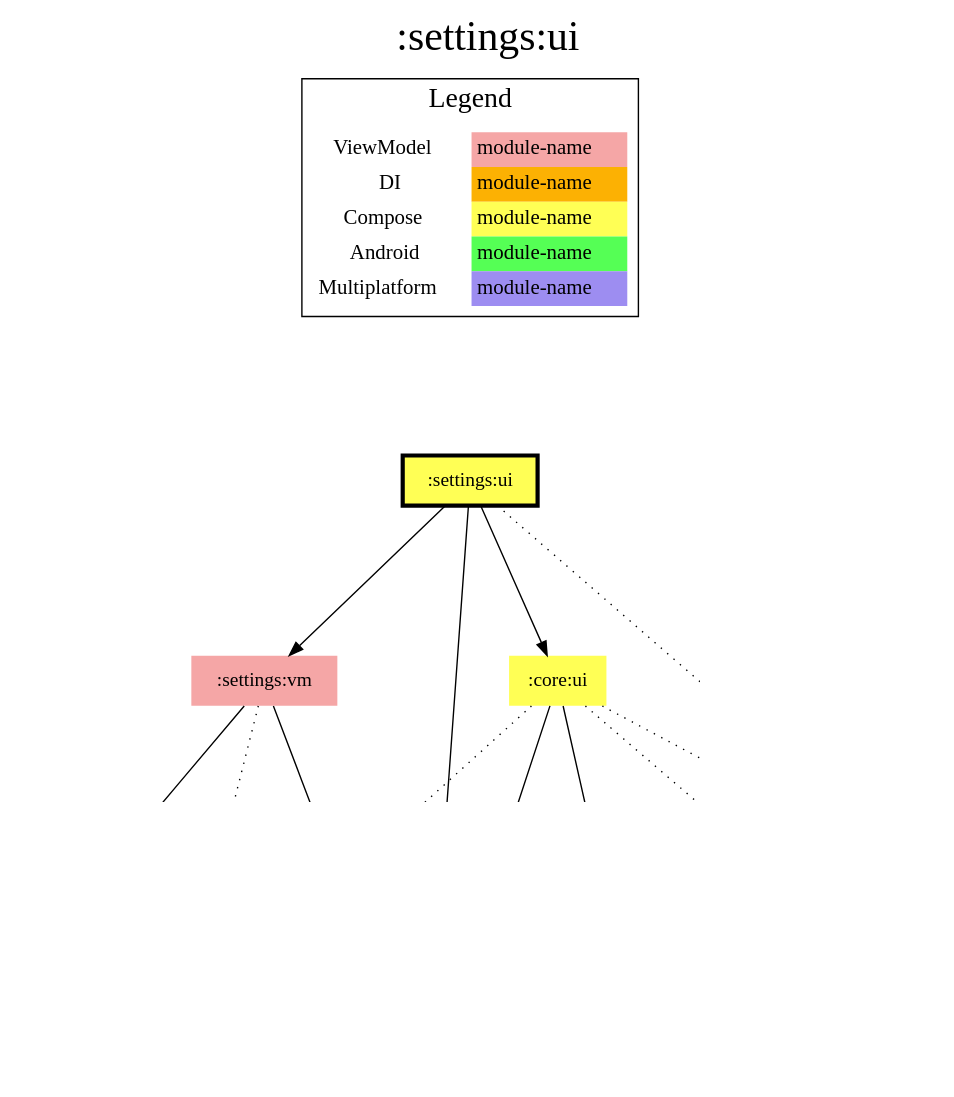
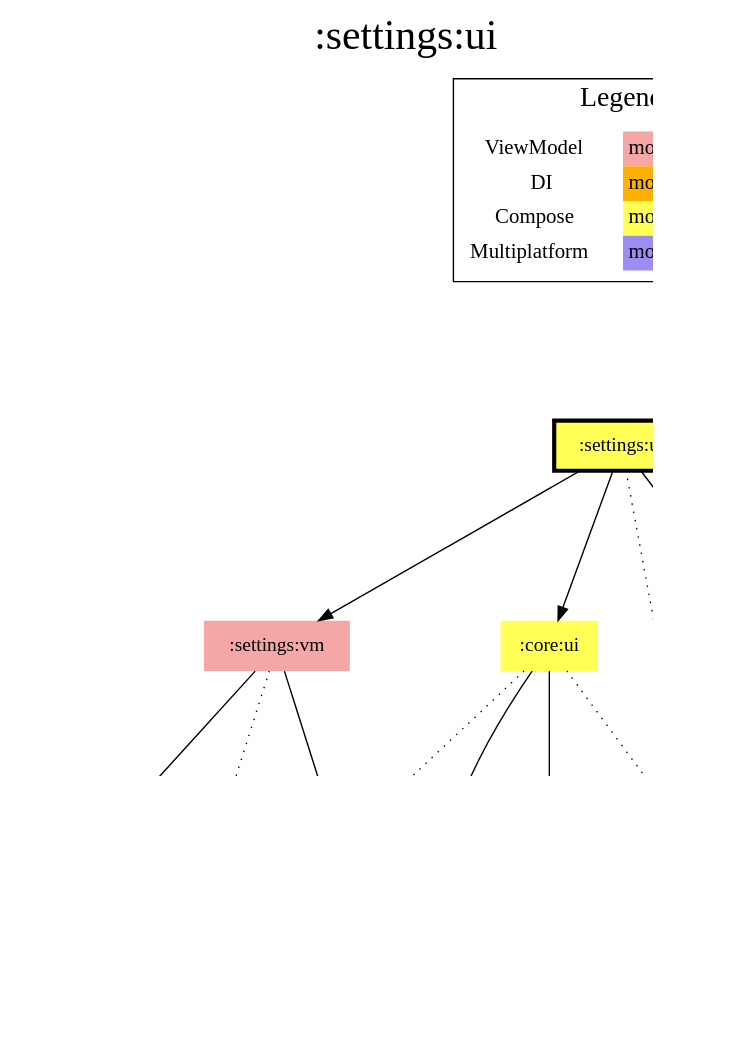
One commit to jonapoul/aktual changed the diagram in modules/settings/ui/modules.dot. Above: the diagram before and after it, drawn with Graphviz. The commit also changed 477 other files, not shown here.

```diff
--- a/modules/settings/ui/modules.dot
+++ b/modules/settings/ui/modules.dot
@@ -1,48 +1,45 @@
 digraph {
 edge ["dir"="forward"]
 graph ["dpi"="100","label"=":settings:ui","labelloc"="t","fontsize"="30","ranksep"="1.5","rankdir"="TB"]
 node ["style"="filled"]
 ":account:model" ["fillcolor"="#9D8DF1","shape"="none"]
 ":budget:model" ["fillcolor"="#9D8DF1","shape"="none"]
-":core:android" ["fillcolor"="#55FF55","shape"="none"]
+":core:di" ["fillcolor"="#FCB103","shape"="none"]
 ":core:model" ["fillcolor"="#9D8DF1","shape"="none"]
 ":core:ui" ["fillcolor"="#FFFF55","shape"="none"]
-":di:core" ["fillcolor"="#FCB103","shape"="none"]
 ":l10n" ["fillcolor"="#9D8DF1","shape"="none"]
 ":logging" ["fillcolor"="#9D8DF1","shape"="none"]
 ":prefs" ["fillcolor"="#9D8DF1","shape"="none"]
 ":settings:ui" ["fillcolor"="#FFFF55","color"="black","penwidth"="3","shape"="box"]
 ":settings:vm" ["fillcolor"="#F5A6A6","shape"="none"]
 {
 edge ["dir"="none"]
 graph ["rank"="same"]
 ":settings:ui"
 }
 ":core:ui" -> ":budget:model"
-":core:ui" -> ":core:android" ["style"="dotted"]
+":core:ui" -> ":core:di" ["style"="dotted"]
 ":core:ui" -> ":core:model"
-":core:ui" -> ":di:core" ["style"="dotted"]
 ":core:ui" -> ":l10n" ["style"="dotted"]
 ":prefs" -> ":account:model"
 ":prefs" -> ":core:model"
 ":settings:ui" -> ":core:model"
 ":settings:ui" -> ":core:ui"
 ":settings:ui" -> ":l10n" ["style"="dotted"]
 ":settings:ui" -> ":settings:vm"
-":settings:vm" -> ":di:core"
+":settings:vm" -> ":core:di"
 ":settings:vm" -> ":logging" ["style"="dotted"]
 ":settings:vm" -> ":prefs"
 subgraph "cluster_legend" {
 edge ["dir"="none"]
 graph ["label"="Legend","fontsize"="20"]
 "Legend" ["style"="filled","fillcolor"="#FFFFFF","shape"="none","margin"="0","fontsize"="15","label"=<
 <TABLE BORDER="0" CELLBORDER="0" CELLSPACING="0" CELLPADDING="4">
 <TR><TD>ViewModel</TD><TD BGCOLOR="#F5A6A6">module-name</TD></TR>
 <TR><TD>DI</TD><TD BGCOLOR="#FCB103">module-name</TD></TR>
 <TR><TD>Compose</TD><TD BGCOLOR="#FFFF55">module-name</TD></TR>
-<TR><TD>Android</TD><TD BGCOLOR="#55FF55">module-name</TD></TR>
 <TR><TD>Multiplatform</TD><TD BGCOLOR="#9D8DF1">module-name</TD></TR>
 </TABLE>
 >]
 } -> ":settings:ui" ["style"="invis"]
 }
```
